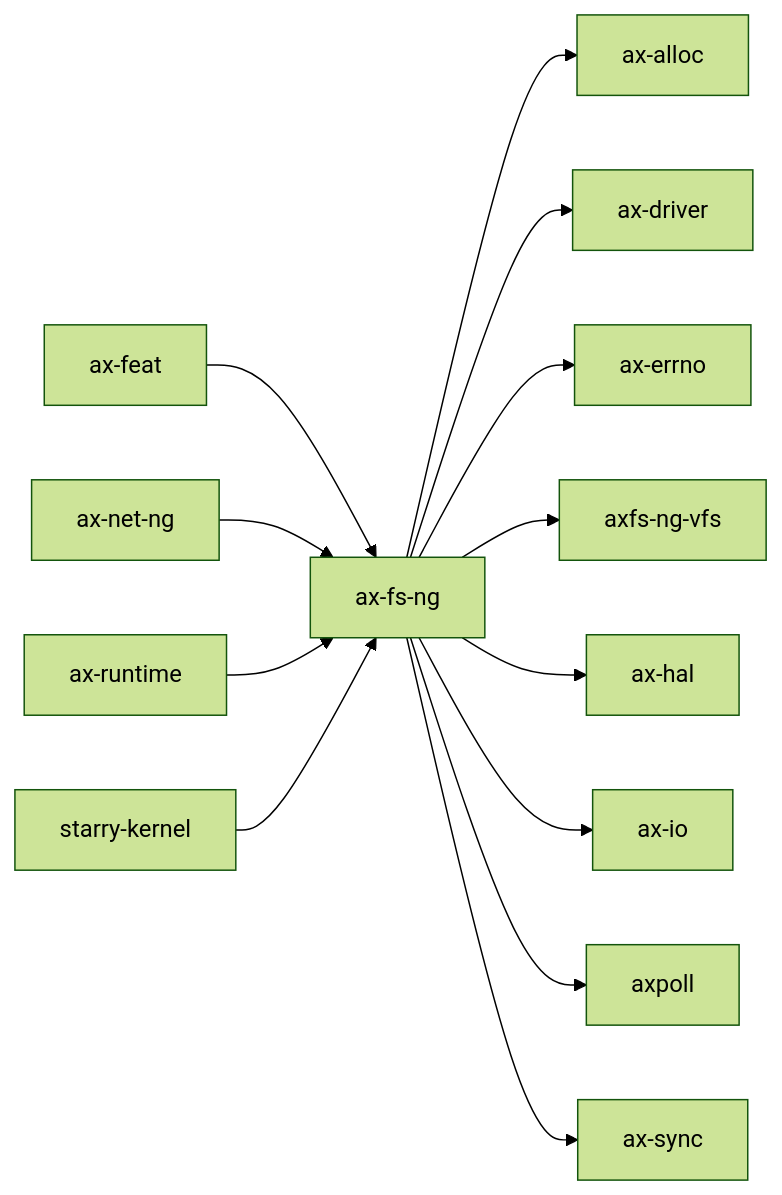
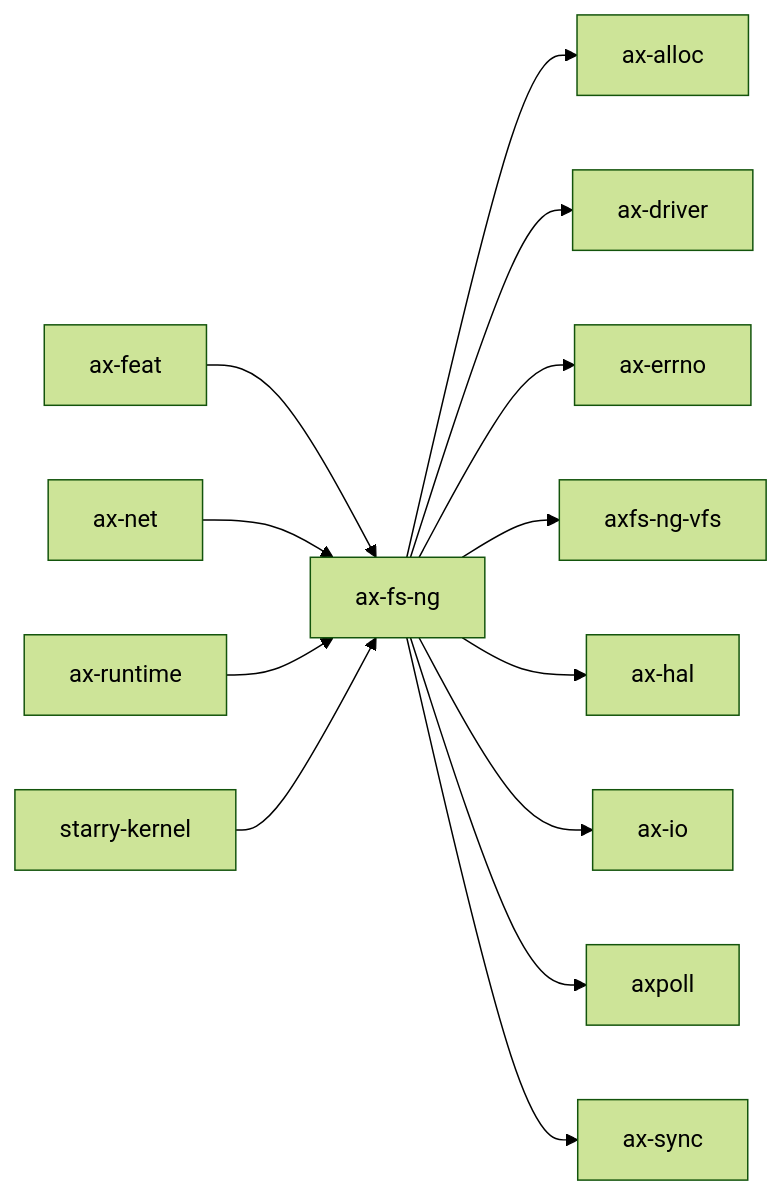
Before and after one commit to rcore-os/tgoskits: the diagram in docs/docs/components/crates/ax-fs-ng.md, drawn with Mermaid (forest theme). The commit also changed other lines of this file and 76 other files, not shown here.

````diff
--- a/docs/docs/components/crates/ax-fs-ng.md
+++ b/docs/docs/components/crates/ax-fs-ng.md
@@ -32,16 +32,16 @@
 ```mermaid
 graph LR
     current["ax-fs-ng"]
     current --> ax-alloc["ax-alloc"]
     current --> ax-driver["ax-driver"]
     current --> ax_errno["ax-errno"]
     current --> axfs_ng_vfs["axfs-ng-vfs"]
     current --> ax-hal["ax-hal"]
     current --> axio["ax-io"]
     current --> axpoll["axpoll"]
     current --> ax-sync["ax-sync"]
     ax_feat["ax-feat"] --> current
-    ax_net_ng["ax-net-ng"] --> current
+    ax_net["ax-net"] --> current
     ax_runtime["ax-runtime"] --> current
     starry_kernel["starry-kernel"] --> current
 ```
````
